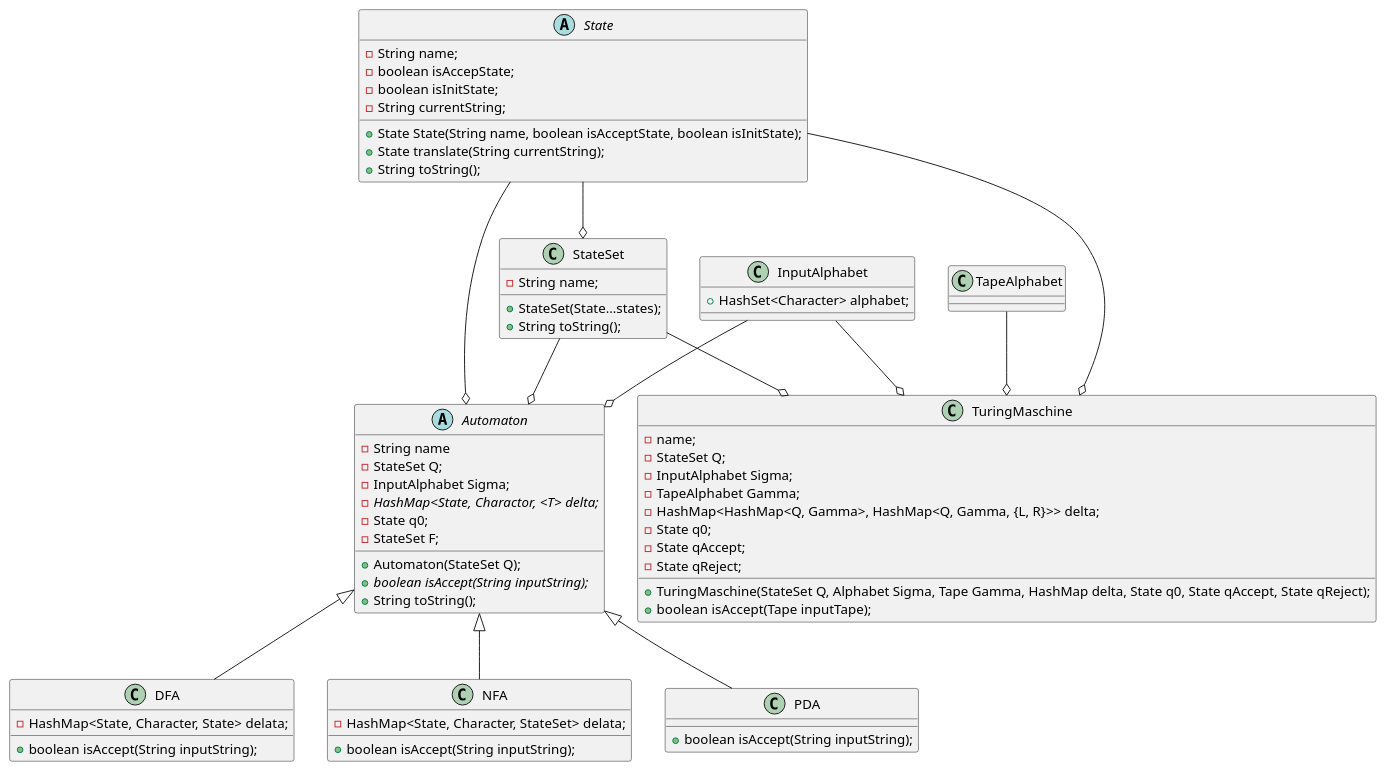
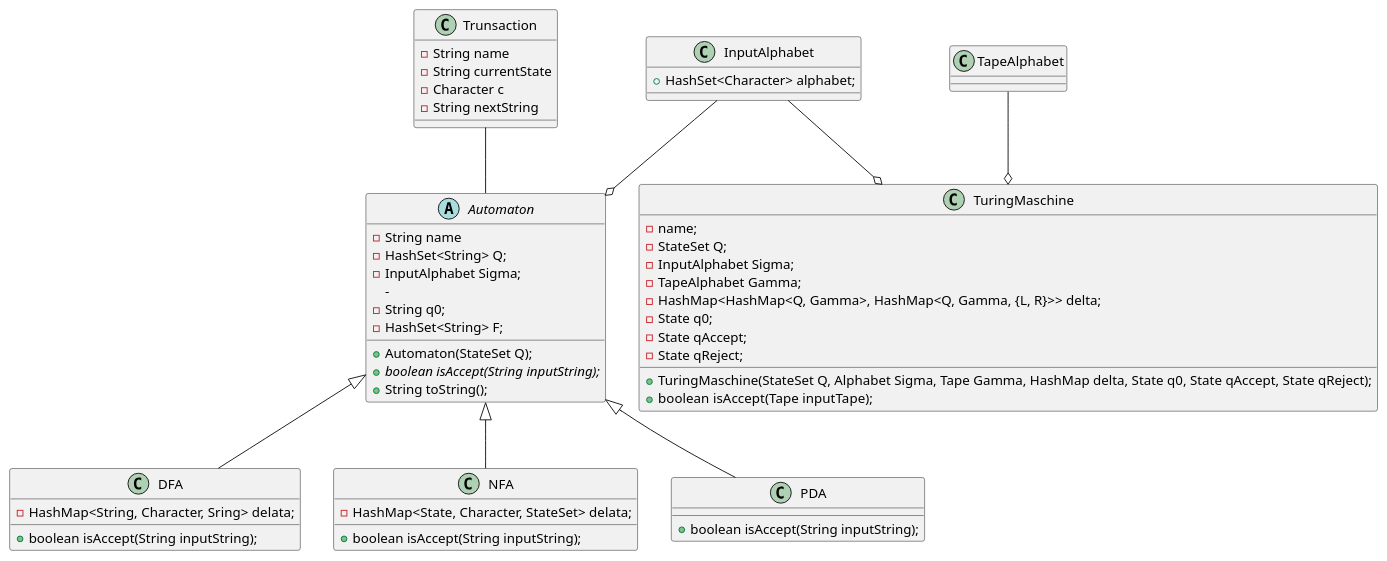
One commit to okn-yu/ComputationalComplexityTheory changed the diagram in Automaton.puml. Above: the diagram before and after it, drawn with PlantUML.

```diff
--- a/Automaton.puml
+++ b/Automaton.puml
@@ -1,83 +1,66 @@
 @startuml
 
 InputAlphabet --o Automaton
-State --o Automaton
-StateSet --o Automaton
 
 abstract Automaton{
 - String name
-- StateSet Q;
+- HashSet<String> Q;
 - InputAlphabet Sigma;
-- {abstract} HashMap<State, Charactor, <T> delta;
-- State q0;
-- StateSet F;
+-
+- String q0;
+- HashSet<String> F;
 
 + Automaton(StateSet Q);
 + {abstract} boolean isAccept(String inputString);
 + String toString();
 
 }
 
+Trunsaction -- Automaton
+
+class Trunsaction {
+- String name
+- String currentState
+- Character c
+- String nextString
+}
+
 class InputAlphabet{
 + HashSet<Character> alphabet;
 }
 
-abstract State{
-- String name;
-- boolean isAccepState;
-- boolean isInitState;
-- String currentString;
-
-+ State State(String name, boolean isAcceptState, boolean isInitState);
-+ State translate(String currentString);
-+ String toString();
-}
-
-
-State --o StateSet
-
-class StateSet{
-- String name;
-
-+ StateSet(State...states);
-+ String toString();
-
-}
-
 Automaton <|-- DFA
 class DFA{
-- HashMap<State, Character, State> delata;
+- HashMap<String, Character, Sring> delata;
 + boolean isAccept(String inputString);
 }
 
 Automaton <|-- NFA
 class NFA{
 - HashMap<State, Character, StateSet> delata;
 + boolean isAccept(String inputString);
 }
 
 Automaton <|-- PDA
 class PDA{
 + boolean isAccept(String inputString);
 }
 
 InputAlphabet --o TuringMaschine
-State --o TuringMaschine
-StateSet --o TuringMaschine
 TapeAlphabet --o TuringMaschine
 
 class TuringMaschine{
 - name;
 - StateSet Q;
 - InputAlphabet Sigma;
 - TapeAlphabet Gamma;
 - HashMap<HashMap<Q, Gamma>, HashMap<Q, Gamma, {L, R}>> delta;
 - State q0;
 - State qAccept;
 - State qReject;
 
 + TuringMaschine(StateSet Q, Alphabet Sigma, Tape Gamma, HashMap delta, State q0, State qAccept, State qReject);
 + boolean isAccept(Tape inputTape);
 }
 
 @enduml
```
